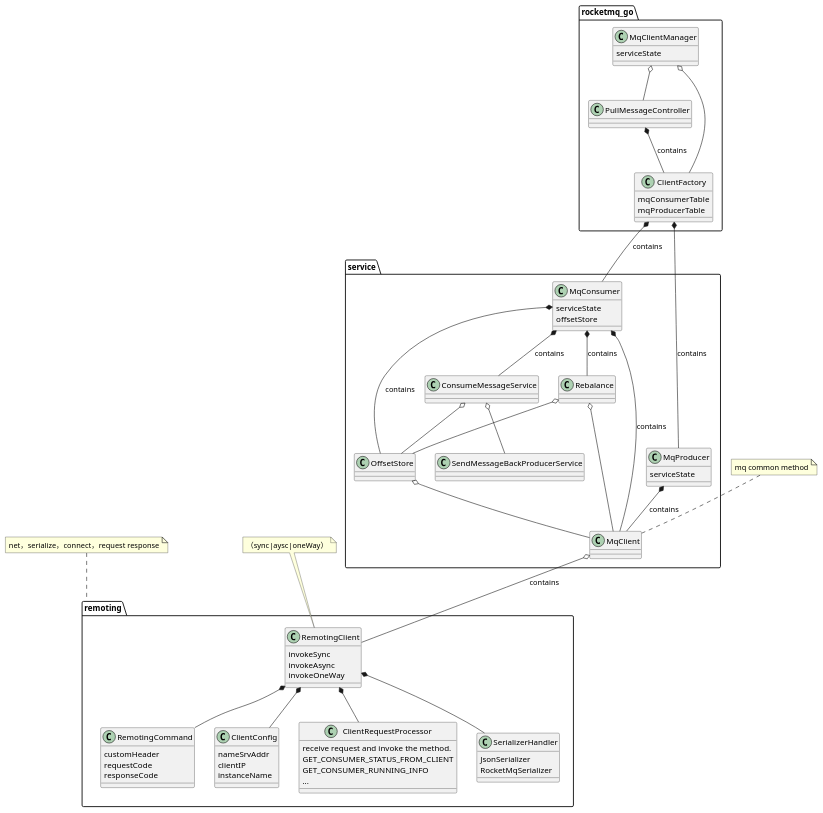
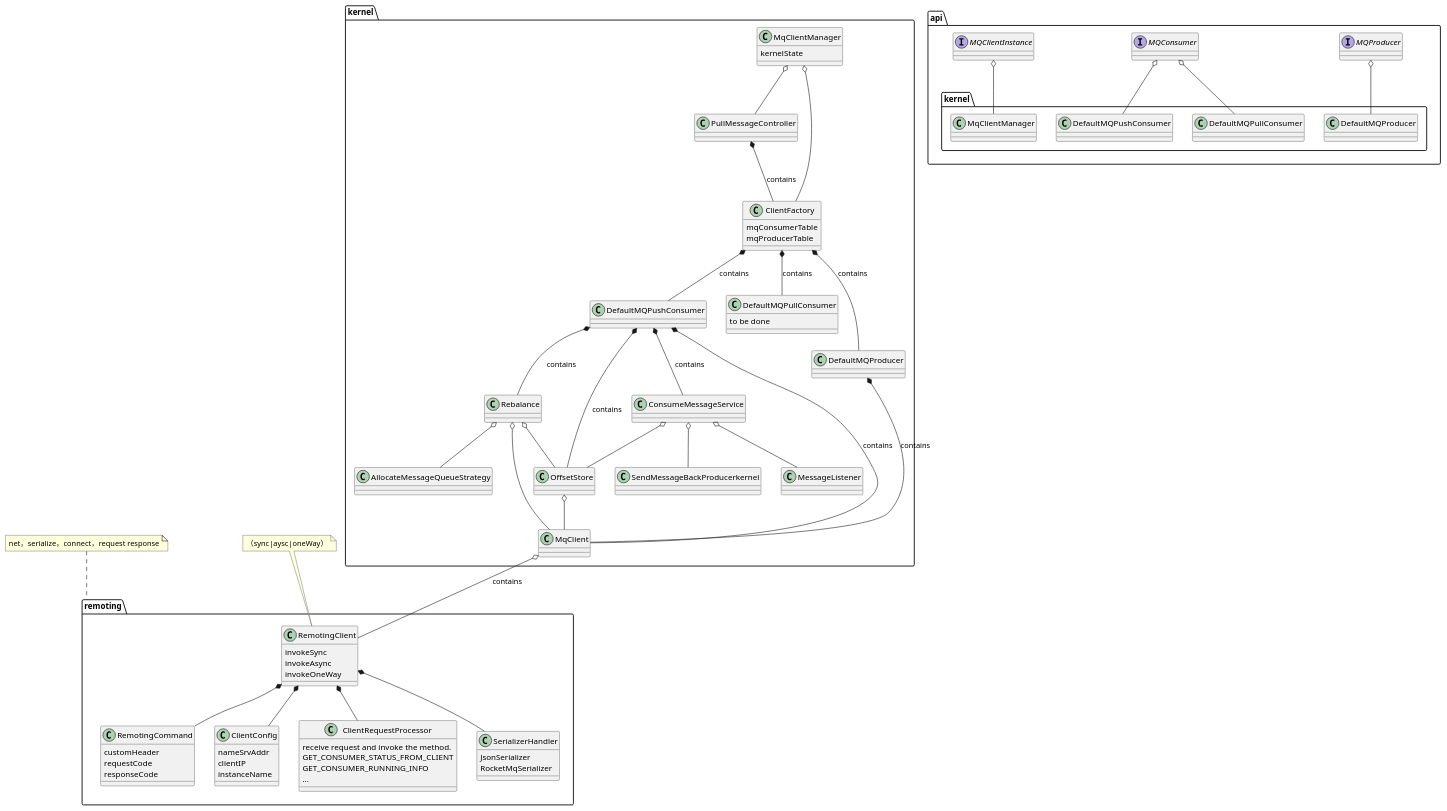
One commit to apache/rocketmq-externals changed the diagram in rocketmq-go/docs/package.puml. Above: the diagram before and after it, drawn with PlantUML. The commit also changed 177 other files, not shown here.

Commit message:
[ROCKETMQ-282]RocketMQ-SDK go implementation producer ready

```diff
--- a/rocketmq-go/docs/package.puml
+++ b/rocketmq-go/docs/package.puml
@@ -1,93 +1,115 @@
 @startuml
-
-
-class rocketmq_go.MqClientManager{
-serviceState
-}
-class rocketmq_go.PullMessageController{
+interface api.MQProducer{
 
 }
-class rocketmq_go.ClientFactory{
+interface api.MQConsumer{
+
+}
+interface api.MQClientInstance{
+
+       
+}
+
+namespace api{
+    MQClientInstance o-- kernel.MqClientManager
+    MQProducer o-- kernel.DefaultMQProducer
+    MQConsumer o-- kernel.DefaultMQPushConsumer
+    MQConsumer o-- kernel.DefaultMQPullConsumer
+}
+
+class kernel.MqClientManager{
+kernelState
+}
+class kernel.PullMessageController{
+
+}
+class kernel.AllocateMessageQueueStrategy{
+}
+class kernel.ClientFactory{
 mqConsumerTable
 mqProducerTable
 }
-class service.MqConsumer{
-serviceState
-offsetStore
+class kernel.DefaultMQPushConsumer{
 }
-class service.MqProducer{
-serviceState
+class kernel.DefaultMQPullConsumer{
+    to be done
+}
+class kernel.DefaultMQProducer{
  }
- class service.MqClient{
+ class kernel.MqClient{
 
-
+ }
+ class kernel.MessageListener{
  }
   class remoting.RemotingClient{
    invokeSync
    invokeAsync
    invokeOneWay
   }
  class remoting.RemotingCommand{
   customHeader
   requestCode
   responseCode
  }
   class remoting.ClientConfig{
    nameSrvAddr
    clientIP
    instanceName
   }
   class remoting.ClientRequestProcessor{
      receive request and invoke the method.
      GET_CONSUMER_STATUS_FROM_CLIENT
      GET_CONSUMER_RUNNING_INFO
      ...
     }
     class remoting.SerializerHandler{
        JsonSerializer
        RocketMqSerializer
     }
 
 
-namespace service{
+namespace kernel{
 
 
-rocketmq_go.PullMessageController *-- rocketmq_go.ClientFactory:contains
-rocketmq_go.ClientFactory *-- MqProducer:contains
-rocketmq_go.ClientFactory *-- MqConsumer:contains
-MqProducer *-- service.MqClient :contains
-MqConsumer *-- service.MqClient : contains
-MqConsumer *-- service.OffsetStore : contains
-MqConsumer *-- service.Rebalance : contains
-MqConsumer *-- service.ConsumeMessageService : contains
+kernel.PullMessageController *-- kernel.ClientFactory:contains
+    MqClientManager o-- PullMessageController
+    MqClientManager o-- ClientFactory
+    kernel.ClientFactory *-- DefaultMQPushConsumer:contains
+    kernel.ClientFactory *-- DefaultMQPullConsumer:contains
+    DefaultMQPushConsumer *-- kernel.MqClient : contains
+    DefaultMQPushConsumer *-- kernel.OffsetStore : contains
+    DefaultMQPushConsumer *-- kernel.Rebalance : contains
+    DefaultMQPushConsumer *-- kernel.ConsumeMessageService : contains
+    kernel.ClientFactory *-- DefaultMQProducer:contains
+
+    DefaultMQProducer *-- kernel.MqClient :contains
+
 
 }
 
-namespace service{
+namespace kernel{
     MqClient o-- remoting.RemotingClient:contains
     OffsetStore o-- MqClient
     Rebalance o-- MqClient
     Rebalance o-- OffsetStore
-    ConsumeMessageService o-- SendMessageBackProducerService
+    Rebalance o-- AllocateMessageQueueStrategy
+    ConsumeMessageService o-- SendMessageBackProducerkernel
     ConsumeMessageService o-- OffsetStore
+    ConsumeMessageService o-- MessageListener
 }
 
 namespace remoting {
   RemotingClient  *-- RemotingCommand
   RemotingClient *-- ClientConfig
     RemotingClient  *-- ClientRequestProcessor
     RemotingClient *-- SerializerHandler
 
 
 }
 
-namespace rocketmq_go{
-    MqClientManager o-- PullMessageController
-    MqClientManager o-- ClientFactory
-}
 
 
 note top of remoting.RemotingClient :（sync|aysc|oneWay）
 note top of remoting :net，serialize，connect，request response
-note top of service.MqClient :mq common method
+
 @enduml
```
